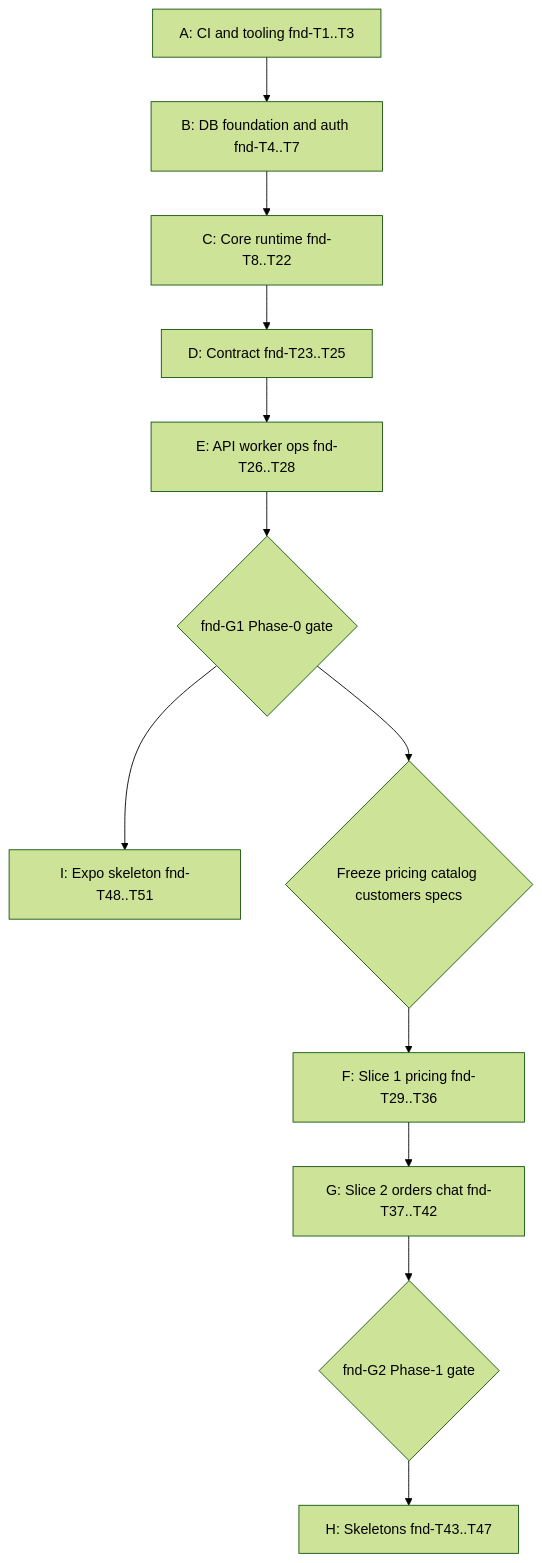
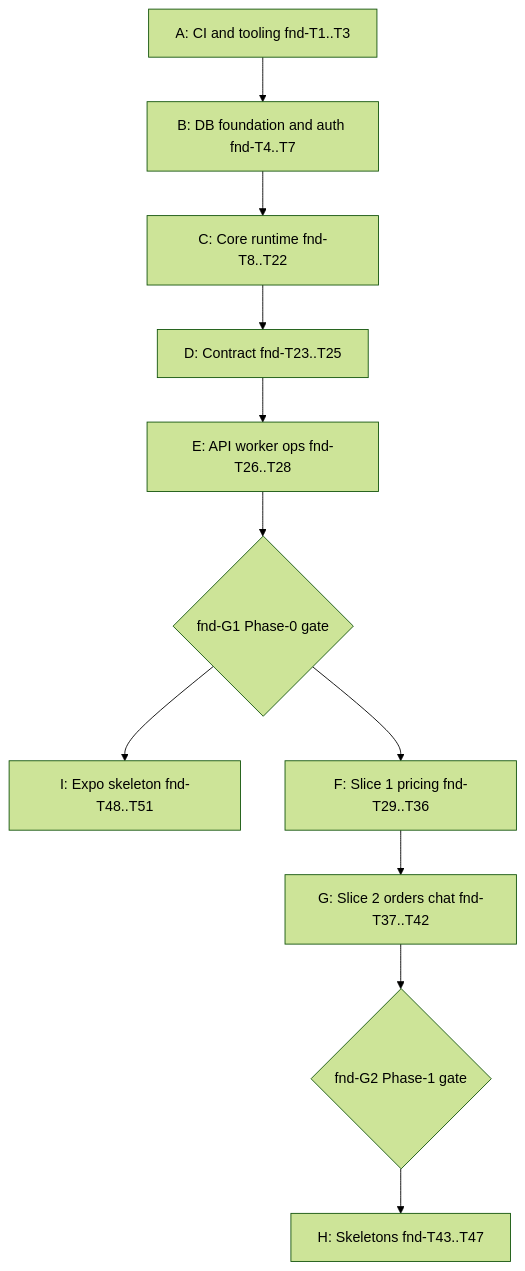
Before and after one commit to KurbatovIvann/showzy-v2: the diagram in docs/plans/foundation.md, drawn with Mermaid (forest theme). The commit also changed other lines of this file and 36 other files, not shown here.

````diff
--- a/docs/plans/foundation.md
+++ b/docs/plans/foundation.md
@@ -1092,14 +1097,13 @@
 ```mermaid
 flowchart TD
   A[A: CI and tooling fnd-T1..T3] --> B[B: DB foundation and auth fnd-T4..T7]
   B --> C[C: Core runtime fnd-T8..T22]
   C --> D[D: Contract fnd-T23..T25]
   D --> E[E: API worker ops fnd-T26..T28]
   E --> G1{fnd-G1 Phase-0 gate}
   G1 --> I[I: Expo skeleton fnd-T48..T51]
-  G1 --> specGate{Freeze pricing catalog customers specs}
-  specGate --> F[F: Slice 1 pricing fnd-T29..T36]
+  G1 --> F[F: Slice 1 pricing fnd-T29..T36]
   F --> G[G: Slice 2 orders chat fnd-T37..T42]
   G --> G2{fnd-G2 Phase-1 gate}
   G2 --> H[H: Skeletons fnd-T43..T47]
 ```
````
